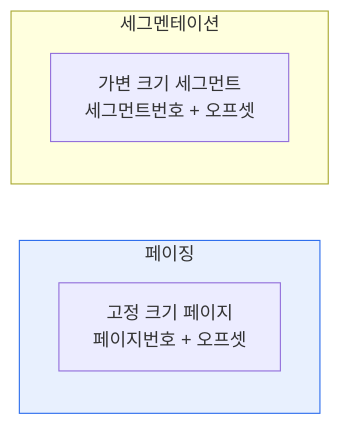
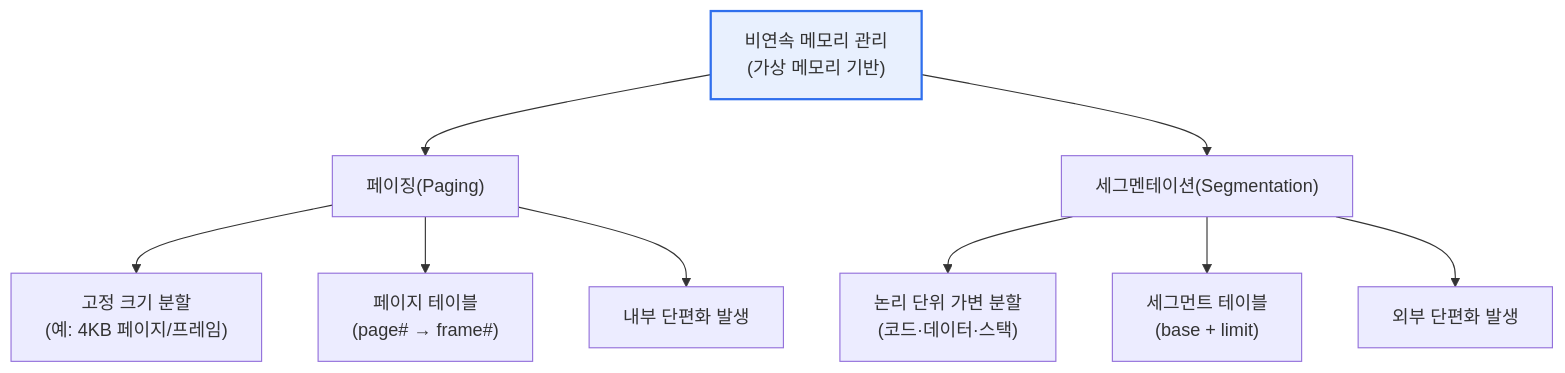
Before and after one commit to coninggu/wjdqhrhksflrltnftk: the first of 2 diagrams in content/paging-vs-segmentation.md, drawn with Mermaid. The commit also changed other lines of this file and 3 other files, not shown here.

Commit message:
Deepen 데이터 차원 축소(Dimensionality Reduction), 페이징과 세그멘테이션 (auto)

````diff
--- a/content/paging-vs-segmentation.md
+++ b/content/paging-vs-segmentation.md
@@ -15,10 +21,12 @@
 ```mermaid
-flowchart LR
-  subgraph P["페이징"]
-    P1["고정 크기 페이지<br/>페이지번호 + 오프셋"]
-  end
-  subgraph S["세그멘테이션"]
-    S1["가변 크기 세그먼트<br/>세그먼트번호 + 오프셋"]
-  end
-  style P fill:#e8f0fe,stroke:#2f6fed
+flowchart TB
+  V["비연속 메모리 관리<br/>(가상 메모리 기반)"] --> P["페이징(Paging)"]
+  V --> S["세그멘테이션(Segmentation)"]
+  P --> P1["고정 크기 분할<br/>(예: 4KB 페이지/프레임)"]
+  P --> P2["페이지 테이블<br/>(page# → frame#)"]
+  P --> P3["내부 단편화 발생"]
+  S --> S1["논리 단위 가변 분할<br/>(코드·데이터·스택)"]
+  S --> S2["세그먼트 테이블<br/>(base + limit)"]
+  S --> S3["외부 단편화 발생"]
+  style V fill:#e8f0fe,stroke:#2f6fed,stroke-width:2px
 ```
````
